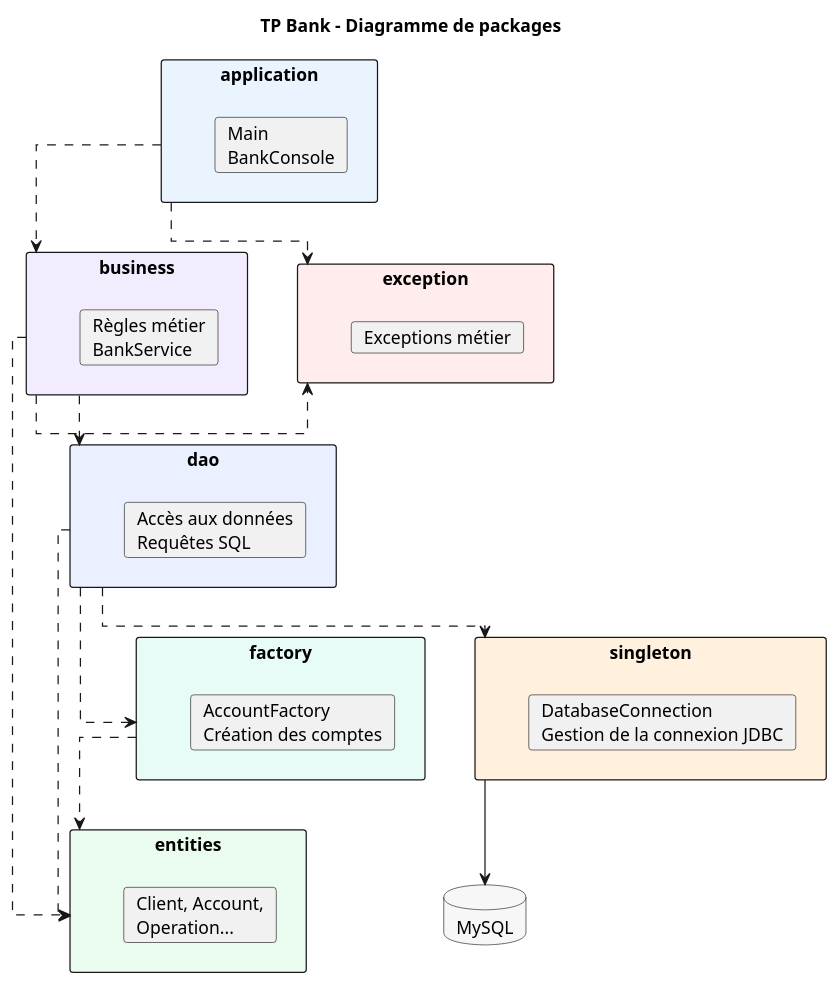
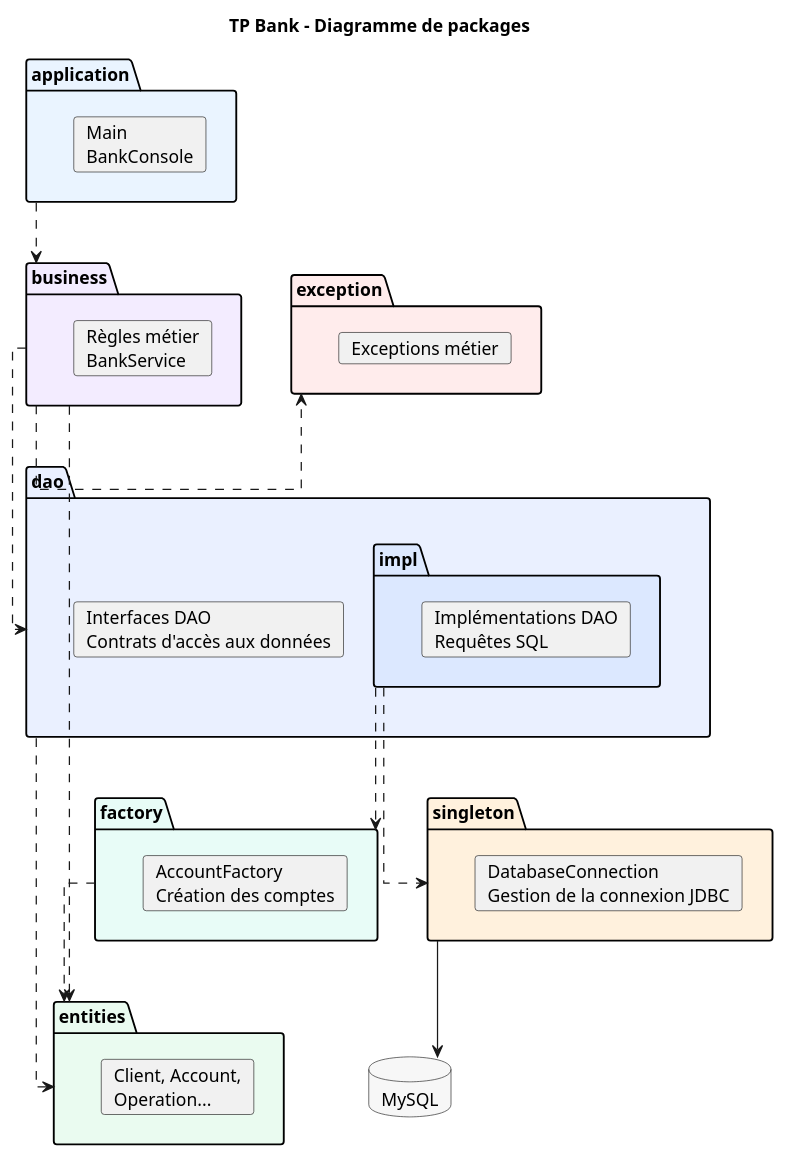
Before and after one commit to alfaro-b/TPBank-DesignPattern: the diagram in doc/DiagrammePackages.puml, drawn with PlantUML. The commit also changed 1 other file, not shown here.

Commit message:
Adaptation du diagramme de packages avec séparation des DAO

```diff
--- a/doc/DiagrammePackages.puml
+++ b/doc/DiagrammePackages.puml
@@ -2,56 +1,72 @@
 @startuml
 
 title TP Bank - Diagramme de packages
 
+top to bottom direction
+
 skinparam shadowing false
+skinparam nodesep 30
+skinparam ranksep 30
 skinparam linetype ortho
-skinparam packageStyle rectangle
 
-
-package "application" as app #EAF4FF {
+folder application #EAF4FF {
     card "Main\nBankConsole"
 }
 
-package "business" as business #F3ECFF {
+folder business #F3ECFF {
     card "Règles métier\nBankService"
 }
 
-package "entities" as entities #EAFBF0 {
+folder dao #EAF0FF {
+
+    card "Interfaces DAO\nContrats d'accès aux données" as daoInterfaces
+
+    folder "impl" as daoImpl #DCE8FF {
+        card "Implémentations DAO\nRequêtes SQL"
+    }
+
+}
+
+folder entities #EAFBF0 {
     card "Client, Account,\nOperation..."
 }
 
-package "dao" as dao #EAF0FF {
-    card "Accès aux données\nRequêtes SQL"
-}
-
-package "singleton" as singleton #FFF1DD {
+folder singleton #FFF1DD {
     card "DatabaseConnection\nGestion de la connexion JDBC"
 }
 
-package "factory" as factory #E8FCF7 {
+folder factory #E8FCF7 {
     card "AccountFactory\nCréation des comptes"
 }
 
-package "exception" as exception #FFECEC {
+folder exception #FFECEC {
     card "Exceptions métier"
 }
 
-database "MySQL" as db #F7F7F7
+database MySQL #F7F7F7
 
 ' Dépendances entre les packages
 
-app ..> business
-business ..> dao
-business ..> entities
+application -down..> business
 
-dao ..> entities
-dao ..> singleton
-dao ..> factory
+business -down..> dao
+business -down..> entities
+business -right..> exception
 
-factory ..> entities
-business -right..> exception
-app ..> exception
+dao -down..> entities
 
-singleton -down-> db
+daoImpl -down..> factory
+daoImpl -down..> singleton
 
+factory -down..> entities
+
+singleton -down-> MySQL
+
+' Liens invisibles pour organiser la disposition
+
+application -[hidden]down-> business
+business -[hidden]down-> dao
+
+factory -[hidden]right-> singleton
+entities -[hidden]right-> MySQL
 @enduml
```
